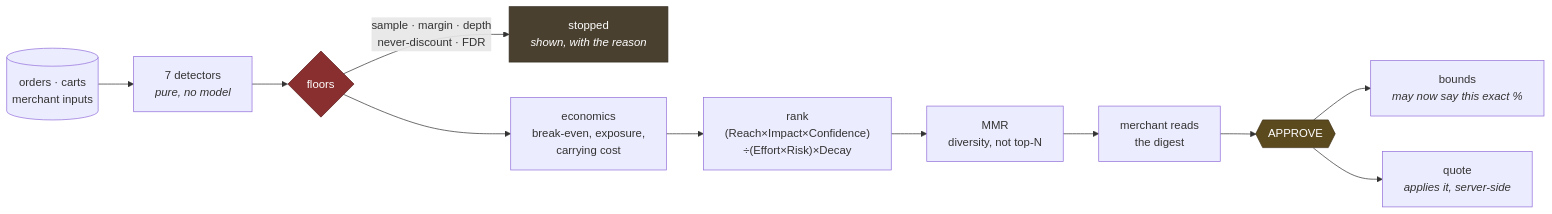
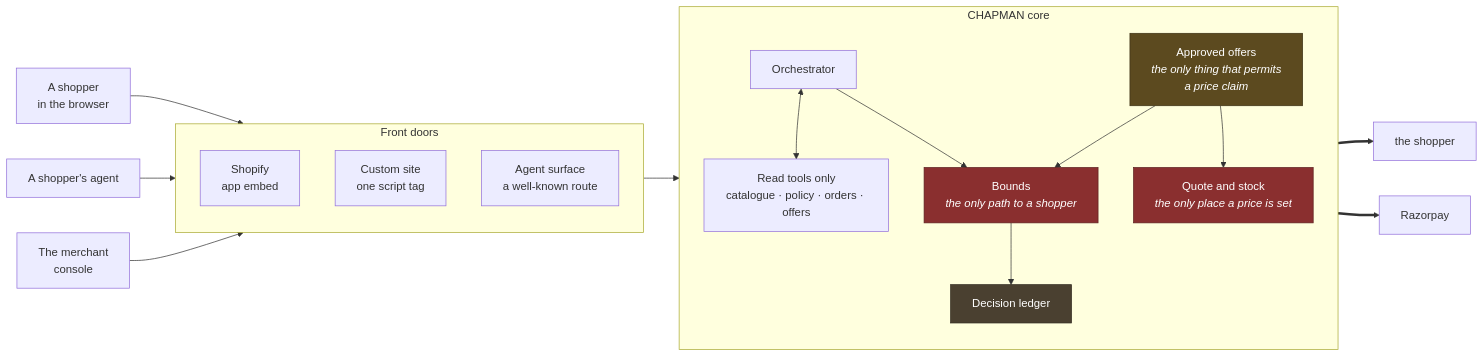
The second of 2 diagrams in README.md (supersanchayrx/RazorPay-Buildathon), drawn with Mermaid before and after one commit. The commit also changed other lines of this file and 48 other files, not shown here.

````diff
--- a/README.md
+++ b/README.md
@@ -265,17 +135,38 @@
 ```mermaid
 flowchart LR
-    H[("orders · carts<br/>merchant inputs")] --> DT["7 detectors<br/><i>pure, no model</i>"]
-    DT --> FL{"floors"}
-    FL -->|"sample · margin · depth<br/>never-discount · FDR"| RJ["stopped<br/><i>shown, with the reason</i>"]
-    FL --> EC["economics<br/>break-even, exposure,<br/>carrying cost"]
-    EC --> RK["rank<br/>(Reach×Impact×Confidence)<br/>÷(Effort×Risk)×Decay"]
-    RK --> MM["MMR<br/>diversity, not top-N"]
-    MM --> UI["merchant reads<br/>the digest"]
-    UI --> AP{{"APPROVE"}}
-    AP --> BD["bounds<br/><i>may now say this exact %</i>"]
-    AP --> QT["quote<br/><i>applies it, server-side</i>"]
+    H["A shopper<br/>in the browser"] --> D
+    A["A shopper's agent"] --> D
+    M["The merchant<br/>console"] --> D
 
-    style FL fill:#8a2f2f,stroke:#5c1f1f,color:#fff
+    subgraph D ["Front doors"]
+        direction TB
+        SH["Shopify<br/>app embed"]
+        CU["Custom site<br/>one script tag"]
+        AG["Agent surface<br/>a well-known route"]
+    end
+
+    D --> CORE
+
+    subgraph CORE ["CHAPMAN core"]
+        direction TB
+        ORC["Orchestrator"]
+        TL["Read tools only<br/>catalogue · policy · orders · offers"]
+        BD["Bounds<br/><i>the only path to a shopper</i>"]
+        QT["Quote and stock<br/><i>the only place a price is set</i>"]
+        AP["Approved offers<br/><i>the only thing that permits<br/>a price claim</i>"]
+        LG["Decision ledger"]
+        ORC <--> TL
+        ORC --> BD
+        AP --> BD
+        AP --> QT
+        BD --> LG
+    end
+
+    BD ==> SHOPPER["the shopper"]
+    QT ==> PAY["Razorpay"]
+
+    style BD fill:#8a2f2f,stroke:#5c1f1f,color:#fff
+    style QT fill:#8a2f2f,stroke:#5c1f1f,color:#fff
     style AP fill:#5c4a1f,stroke:#3d3115,color:#fff
-    style RJ fill:#4a4030,stroke:#332c21,color:#fff
+    style LG fill:#4a4030,stroke:#332c21,color:#fff
 ```
````
